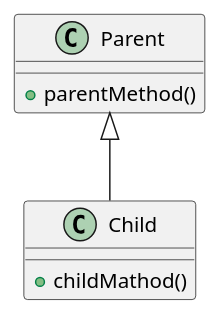
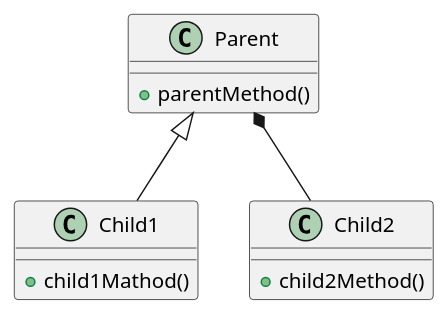
The third of 3 diagrams in ebook/markdown/volume4/ch20.md (yasenstar/protege_pizza), drawn with PlantUML before and after one commit. The commit also changed other lines of this file, not shown here.

````diff
--- a/ebook/markdown/volume4/ch20.md
+++ b/ebook/markdown/volume4/ch20.md
@@ -1102,13 +1100,18 @@
 ```plantuml
 @startuml
 class Parent {
   +parentMethod()
 }
 
-class Child {
-  +childMathod()
+class Child1 {
+  +child1Mathod()
 }
 
-Parent <|-- Child
+class Child2 {
+  +child2Method()
+}
+
+Parent <|-- Child1
+Parent *-- Child2
 @enduml
 ```
````
